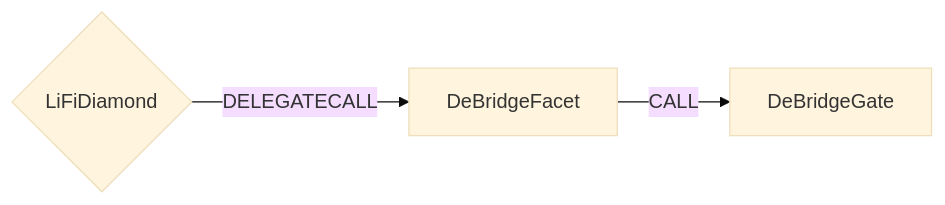
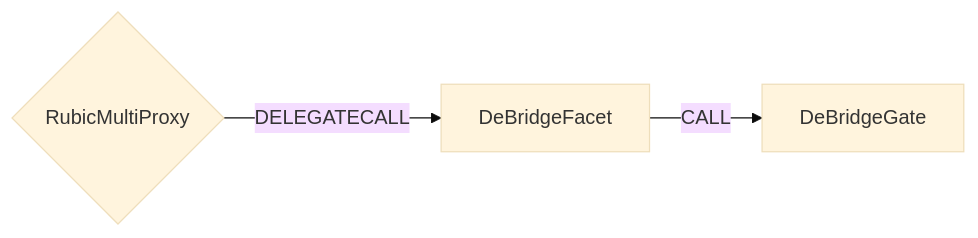
One commit to Cryptorubic/multi-proxy-rubic changed the diagram in docs/DeBridgeFacet.md. Above: the diagram before and after it, drawn with Mermaid (base theme). The commit also changed other lines of this file and 82 other files, not shown here.

Commit message:
rename to Rubic and change IRubic.BridgeData.integrator type

````diff
--- a/docs/DeBridgeFacet.md
+++ b/docs/DeBridgeFacet.md
@@ -7,5 +7,5 @@
 ```mermaid
 graph LR;
-    D{LiFiDiamond}-- DELEGATECALL -->A[DeBridgeFacet]
+    D{RubicMultiProxy}-- DELEGATECALL -->A[DeBridgeFacet]
     A -- CALL --> DeBridgeGate
 ```
````
